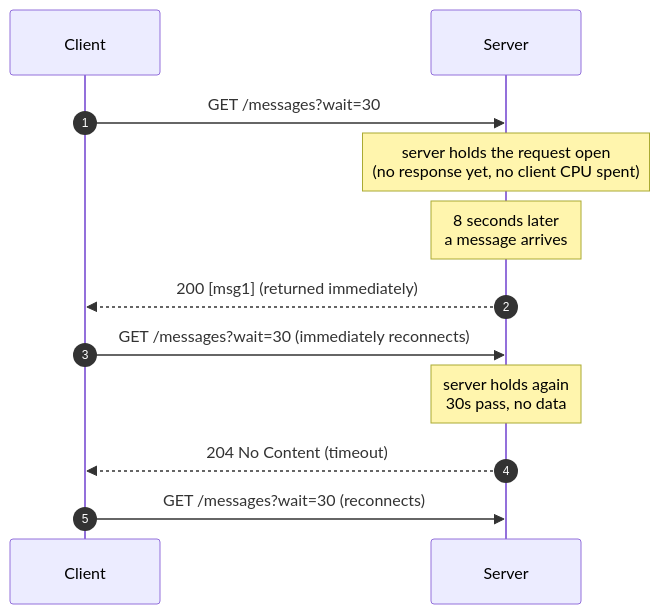
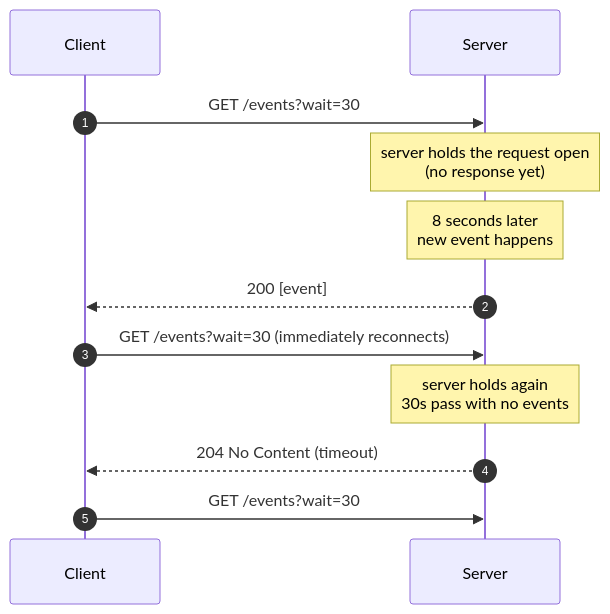
One commit to fnusatvik07/real-time-events changed the second of 2 diagrams in concepts/02_polling.md. Above: the diagram before and after it, drawn with Mermaid. The commit also changed other lines of this file and 7 other files, not shown here.

````diff
--- a/concepts/02_polling.md
+++ b/concepts/02_polling.md
@@ -92,14 +192,14 @@
 ```mermaid
 sequenceDiagram
     autonumber
     participant C as Client
     participant S as Server
-    C->>S: GET /messages?wait=30
-    Note over S: server holds the request open<br/>(no response yet, no client CPU spent)
-    Note over S: 8 seconds later<br/>a message arrives
-    S-->>C: 200 [msg1] (returned immediately)
-    C->>S: GET /messages?wait=30 (immediately reconnects)
-    Note over S: server holds again<br/>30s pass, no data
+    C->>S: GET /events?wait=30
+    Note over S: server holds the request open<br/>(no response yet)
+    Note over S: 8 seconds later<br/>new event happens
+    S-->>C: 200 [event]
+    C->>S: GET /events?wait=30 (immediately reconnects)
+    Note over S: server holds again<br/>30s pass with no events
     S-->>C: 204 No Content (timeout)
-    C->>S: GET /messages?wait=30 (reconnects)
+    C->>S: GET /events?wait=30
 ```
````
